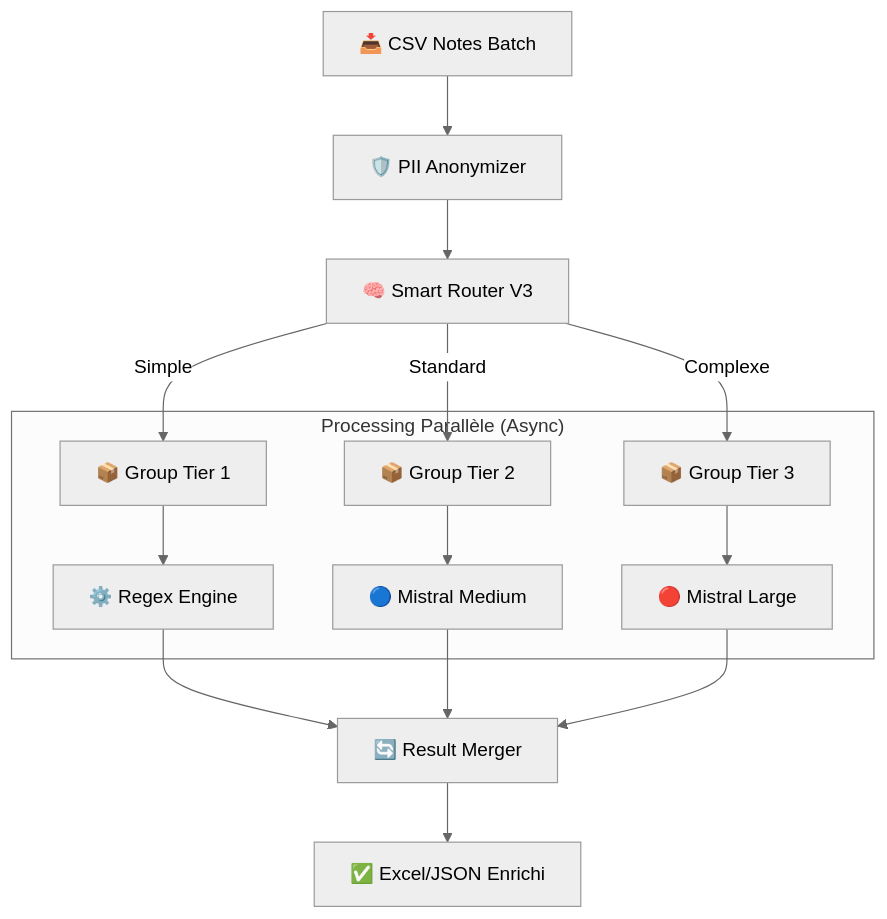
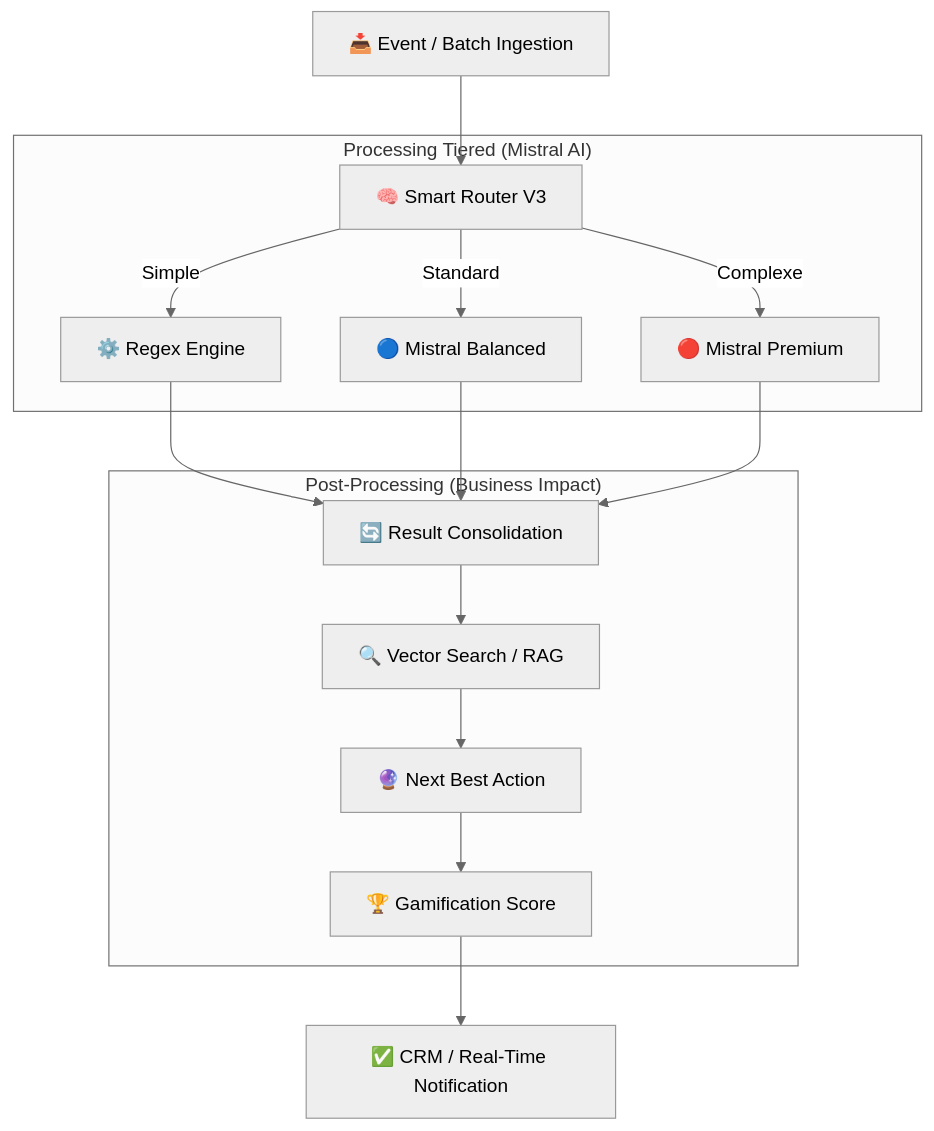
Before and after one commit to wb-eugenia/lvmh-data: the diagram in README.md, drawn with Mermaid (neutral theme). The commit also changed other lines of this file and 1291 other files, not shown here.

````diff
--- a/README.md
+++ b/README.md
@@ -48,21 +59,20 @@
 ```mermaid
 graph TD
-    Input[📥 CSV Notes Batch] --> Anonymizer[🛡️ PII Anonymizer]
-    Anonymizer --> Router[🧠 Smart Router V3]
+    Input[📥 Event / Batch Ingestion] --> Router[🧠 Smart Router V3]
     
-    Router -->|Simple| Group1[📦 Group Tier 1]
-    Router -->|Standard| Group2[📦 Group Tier 2]
-    Router -->|Complexe| Group3[📦 Group Tier 3]
-    
-    subgraph "Processing Parallèle (Async)"
-        Group1 --> Engine1[⚙️ Regex Engine]
-        Group2 --> Engine2[🔵 Mistral Medium]
-        Group3 --> Engine3[🔴 Mistral Large]
+    subgraph "Processing Tiered (Mistral AI)"
+        Router -->|Simple| T1[⚙️ Regex Engine]
+        Router -->|Standard| T2[🔵 Mistral Balanced]
+        Router -->|Complexe| T3[🔴 Mistral Premium]
     end
     
-    Engine1 --> Merger[🔄 Result Merger]
-    Engine2 --> Merger
-    Engine3 --> Merger
+    T1 & T2 & T3 --> Consolidator[🔄 Result Consolidation]
     
-    Merger --> Output[✅ Excel/JSON Enrichi]
+    subgraph "Post-Processing (Business Impact)"
+        Consolidator --> RAG[🔍 Vector Search / RAG]
+        RAG --> NBA[🔮 Next Best Action]
+        NBA --> Game[🏆 Gamification Score]
+    end
+    
+    Game --> Output[✅ CRM / Real-Time Notification]
 ```
````
